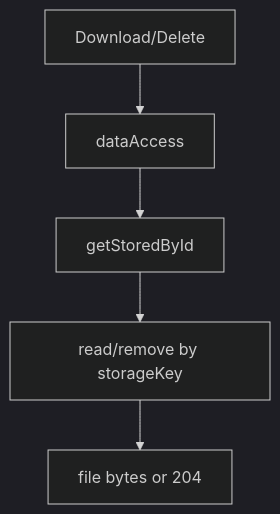
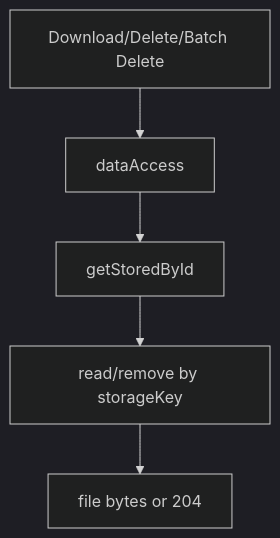
The second of 2 diagrams in apps/server/src/modules/file/README.md (yukin371/Elysian), drawn with Mermaid (dark theme) before and after one commit. The commit also changed other lines of this file and 22 other files, not shown here.

````diff
--- a/apps/server/src/modules/file/README.md
+++ b/apps/server/src/modules/file/README.md
@@ -37,7 +37,7 @@
 ```mermaid
 flowchart TD
-  Req[Download/Delete] --> Auth[dataAccess]
+  Req[Download/Delete/Batch Delete] --> Auth[dataAccess]
   Auth --> Repo[getStoredById]
   Repo --> Storage[read/remove by storageKey]
   Storage --> Response[file bytes or 204]
 ```
````
